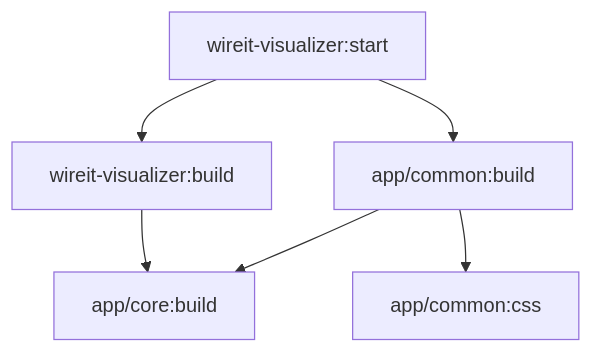
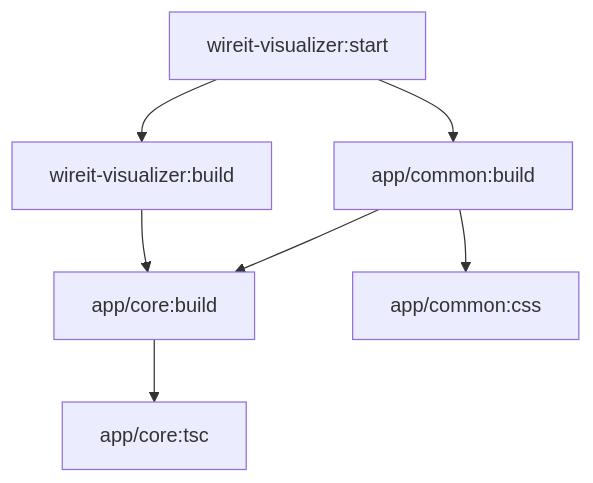
Before and after one commit to deebloo/wireit-visualizer: the diagram in README.md, drawn with Mermaid.

````diff
--- a/README.md
+++ b/README.md
@@ -5,8 +5,9 @@
 ```mermaid
 flowchart TD;
   wireit-visualizer:start[wireit-visualizer:start] --> wireit-visualizer:build[wireit-visualizer:build];
+  wireit-visualizer:build[wireit-visualizer:build] --> app/core:build[app/core:build];
+  app/core:build[app/core:build] --> app/core:tsc[app/core:tsc];
   wireit-visualizer:start[wireit-visualizer:start] --> app/common:build[app/common:build];
-  wireit-visualizer:build[wireit-visualizer:build] --> app/core:build[app/core:build];
   app/common:build[app/common:build] --> app/common:css[app/common:css];
   app/common:build[app/common:build] --> app/core:build[app/core:build];
 ```
````
